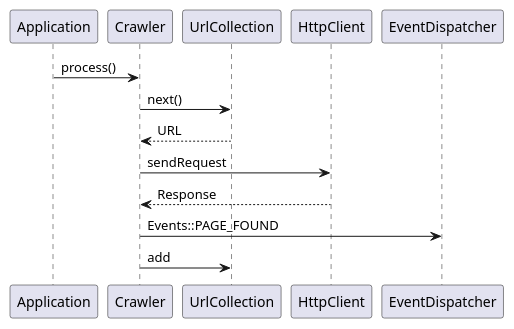
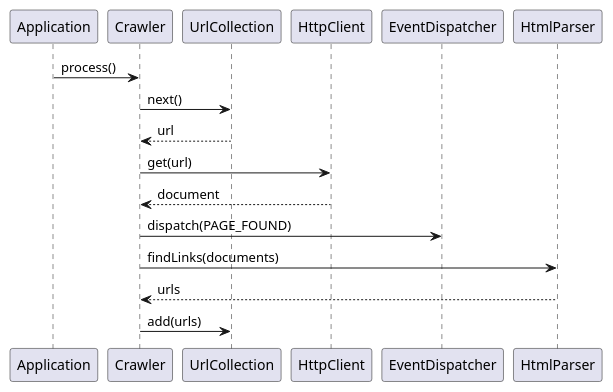
One commit to dobrosite/crawler changed the diagram in docs/overview_sequence.puml. Above: the diagram before and after it, drawn with PlantUML.

Commit message:
Проектирование

```diff
--- a/docs/overview_sequence.puml
+++ b/docs/overview_sequence.puml
@@ -1,16 +1,19 @@
 @startuml
 
 
 Application -> Crawler : process()
 
 Crawler -> UrlCollection : next()
-Crawler <-- UrlCollection : URL
+Crawler <-- UrlCollection : url
 
-Crawler -> HttpClient : sendRequest
-Crawler <-- HttpClient : Response
+Crawler -> HttpClient : get(url)
+Crawler <-- HttpClient : document
 
-Crawler -> EventDispatcher : Events::PAGE_FOUND
+Crawler -> EventDispatcher : dispatch(PAGE_FOUND)
 
-Crawler -> UrlCollection : add
+Crawler -> HtmlParser : findLinks(documents)
+Crawler <-- HtmlParser : urls
+
+Crawler -> UrlCollection : add(urls)
 
 @enduml
```
